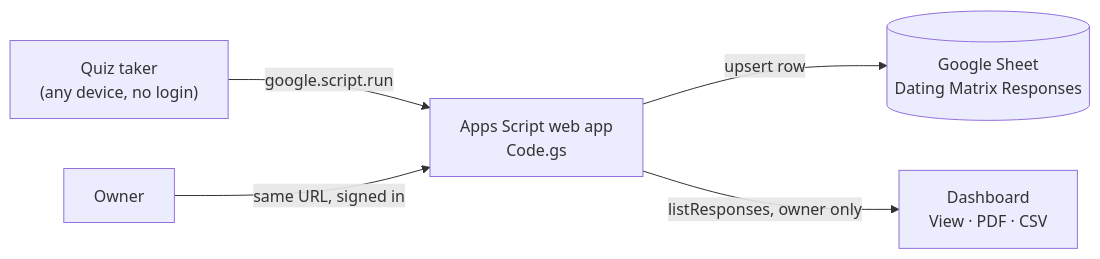
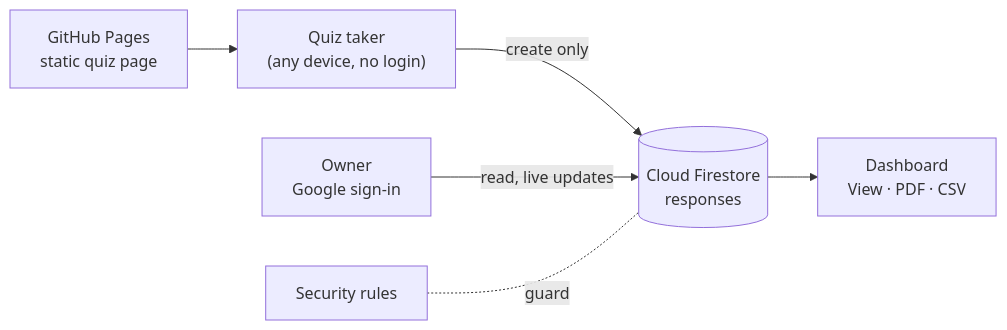
Before and after one commit to harleysdata/portfolio: the diagram in 06-dating-matrix/README.md, drawn with Mermaid. The commit also changed other lines of this file and 4 other files, not shown here.

First line of the commit message:
Dating Matrix: Firebase + GitHub Pages as the live version

````diff
--- a/06-dating-matrix/README.md
+++ b/06-dating-matrix/README.md
@@ -41,7 +41,8 @@
 ```mermaid
 flowchart LR
-  U["Quiz taker<br/>(any device, no login)"] -->|google.script.run| GAS["Apps Script web app<br/>Code.gs"]
-  GAS -->|upsert row| SH[("Google Sheet<br/>Dating Matrix Responses")]
-  O["Owner"] -->|same URL, signed in| GAS
-  GAS -->|listResponses, owner only| D["Dashboard<br/>View · PDF · CSV"]
+  U["Quiz taker<br/>(any device, no login)"] -->|"create only"| FS[("Cloud Firestore<br/>responses")]
+  P["GitHub Pages<br/>static quiz page"] --> U
+  O["Owner<br/>Google sign-in"] -->|"read, live updates"| FS
+  FS --> D["Dashboard<br/>View · PDF · CSV"]
+  R["Security rules"] -. "guard" .- FS
 ```
````
